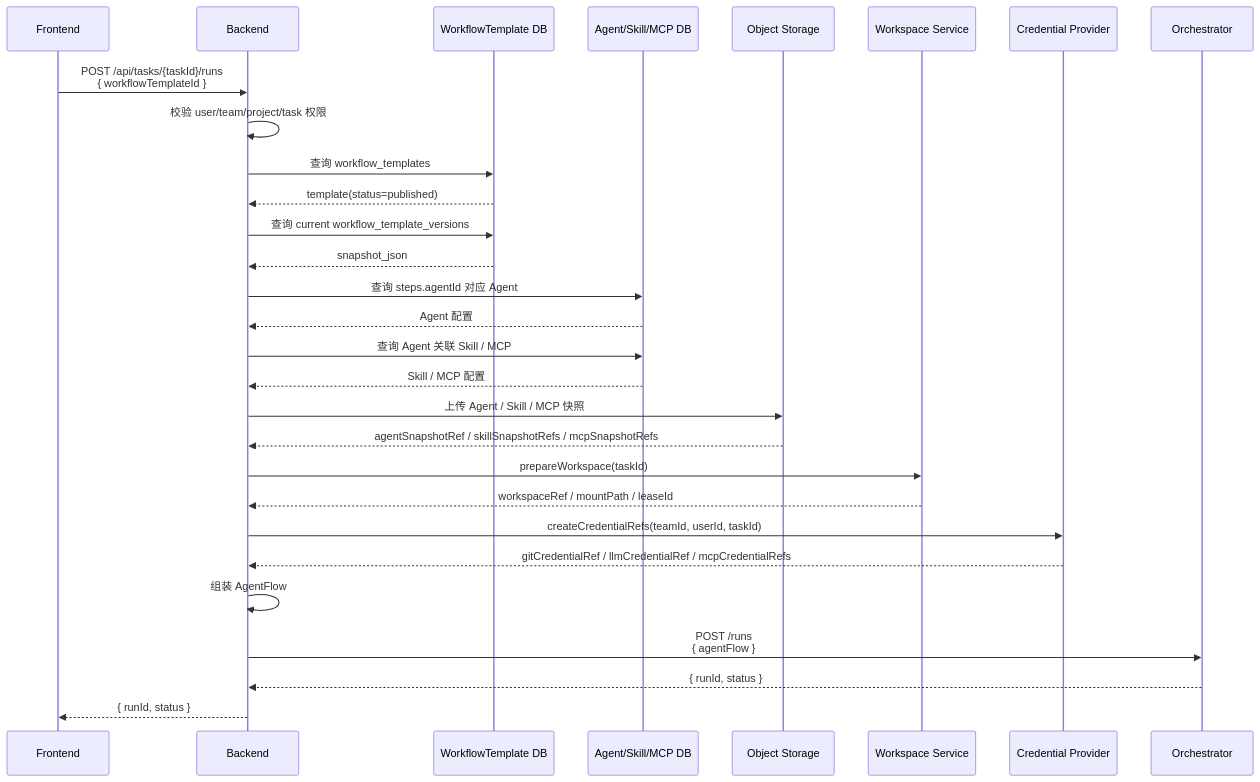
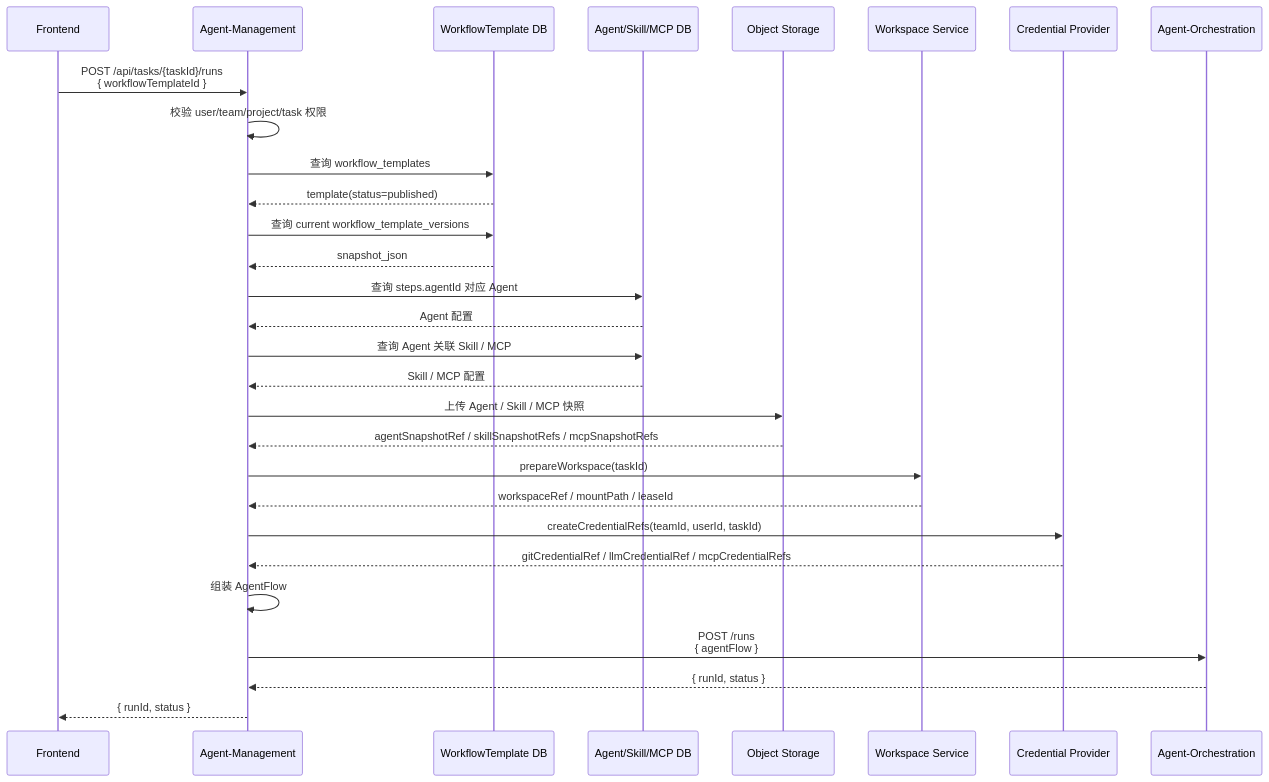
One commit to Josephtao584/devops-kanban changed the diagram in docs/superpowers/specs/2026-05-30-orchestrator-agentflow-workflow-template-design.md. Above: the diagram before and after it, drawn with Mermaid. The commit also changed other lines of this file, not shown here.

Commit message:
docs(spec): 服务正名 Agent-Management/Agent-Orchestration，精简文档并补 run/step 状态机与出站回调

````diff
--- a/docs/superpowers/specs/2026-05-30-orchestrator-agentflow-workflow-template-design.md
+++ b/docs/superpowers/specs/2026-05-30-orchestrator-agentflow-workflow-template-design.md
@@ -568,43 +388,43 @@
 ```mermaid
 sequenceDiagram
     participant FE as Frontend
-    participant BE as Backend
+    participant BE as Agent-Management
     participant TPL as WorkflowTemplate DB
     participant AG as Agent/Skill/MCP DB
     participant OS as Object Storage
     participant WS as Workspace Service
     participant CP as Credential Provider
-    participant OR as Orchestrator
+    participant OR as Agent-Orchestration
 
     FE->>BE: POST /api/tasks/{taskId}/runs<br/>{ workflowTemplateId }
 
     BE->>BE: 校验 user/team/project/task 权限
 
     BE->>TPL: 查询 workflow_templates
     TPL-->>BE: template(status=published)
 
     BE->>TPL: 查询 current workflow_template_versions
     TPL-->>BE: snapshot_json
 
     BE->>AG: 查询 steps.agentId 对应 Agent
     AG-->>BE: Agent 配置
 
     BE->>AG: 查询 Agent 关联 Skill / MCP
     AG-->>BE: Skill / MCP 配置
 
     BE->>OS: 上传 Agent / Skill / MCP 快照
     OS-->>BE: agentSnapshotRef / skillSnapshotRefs / mcpSnapshotRefs
 
     BE->>WS: prepareWorkspace(taskId)
     WS-->>BE: workspaceRef / mountPath / leaseId
 
     BE->>CP: createCredentialRefs(teamId, userId, taskId)
     CP-->>BE: gitCredentialRef / llmCredentialRef / mcpCredentialRefs
 
     BE->>BE: 组装 AgentFlow
 
     BE->>OR: POST /runs<br/>{ agentFlow }
     OR-->>BE: { runId, status }
 
     BE-->>FE: { runId, status }
 ```
````
